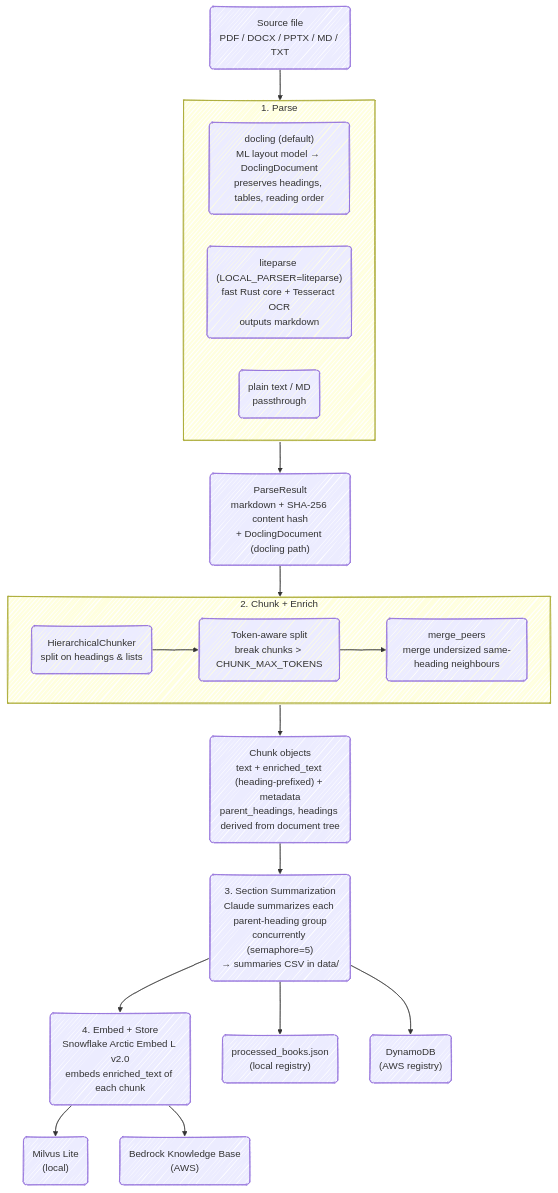
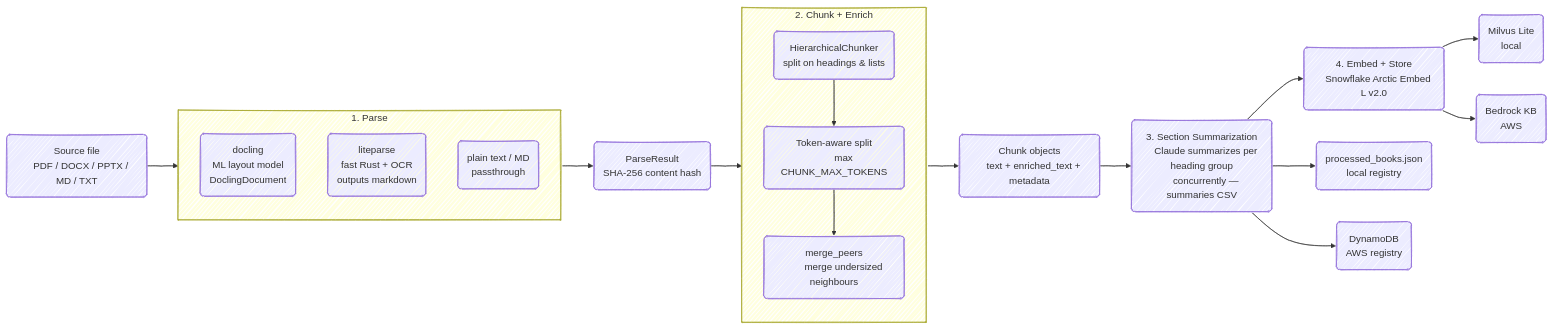
The diagram in README.md (ryq99/search-anything), drawn with Mermaid before and after one commit. The commit also changed other lines of this file, not shown here.

Commit message:
Refine README: fix Mermaid diagram, rename section headers
- Fix flowchart rendering: remove outer subgraph wrapper, replace
  unicode arrows in node labels, add direction TB inside subgraphs
- Rename 'Ingest commands' section to 'Commands'

````diff
--- a/README.md
+++ b/README.md
@@ -34,34 +34,57 @@
 ```mermaid
 %%{init: {'look': 'handDrawn'}}%%
-flowchart TD
-    A("Source file\nPDF / DOCX / PPTX / MD / TXT") --> B
+flowchart LR
+    A("Source file
+    PDF / DOCX / PPTX / MD / TXT")
 
     subgraph B["1. Parse"]
-        B1("docling (default)\nML layout model → DoclingDocument\npreserves headings, tables, reading order")
-        B2("liteparse (LOCAL_PARSER=liteparse)\nfast Rust core + Tesseract OCR\noutputs markdown")
-        B3("plain text / MD\npassthrough")
+        direction TB
+        B1("docling
+        ML layout model
+        DoclingDocument")
+        B2("liteparse
+        fast Rust + OCR
+        outputs markdown")
+        B3("plain text / MD
+        passthrough")
     end
 
-    B --> C("ParseResult\nmarkdown + SHA-256 content hash\n+ DoclingDocument (docling path)")
-
-    C --> D
+    C("ParseResult
+    SHA-256 content hash")
 
     subgraph D["2. Chunk + Enrich"]
-        D1("HierarchicalChunker\nsplit on headings & lists")
-        D2("Token-aware split\nbreak chunks > CHUNK_MAX_TOKENS")
-        D3("merge_peers\nmerge undersized same-heading neighbours")
+        direction TB
+        D1("HierarchicalChunker
+        split on headings & lists")
+        D2("Token-aware split
+        max CHUNK_MAX_TOKENS")
+        D3("merge_peers
+        merge undersized neighbours")
         D1 --> D2 --> D3
     end
 
-    D --> E("Chunk objects\ntext + enriched_text (heading-prefixed) + metadata\nparent_headings, headings derived from document tree")
+    E("Chunk objects
+    text + enriched_text + metadata")
 
-    E --> F("3. Section Summarization\nClaude summarizes each parent-heading group\nconcurrently (semaphore=5)\n→ summaries CSV in data/")
+    F("3. Section Summarization
+    Claude summarizes per heading group
+    concurrently — summaries CSV")
 
-    F --> G("4. Embed + Store\nSnowflake Arctic Embed L v2.0\nembeds enriched_text of each chunk")
+    G("4. Embed + Store
+    Snowflake Arctic Embed L v2.0")
 
-    G --> H1("Milvus Lite\n(local)")
-    G --> H2("Bedrock Knowledge Base\n(AWS)")
+    H1("Milvus Lite
+    local")
+    H2("Bedrock KB
+    AWS")
+    I1("processed_books.json
+    local registry")
+    I2("DynamoDB
+    AWS registry")
 
-    F --> I1("processed_books.json\n(local registry)")
-    F --> I2("DynamoDB\n(AWS registry)")
+    A --> B --> C --> D --> E --> F --> G
+    G --> H1
+    G --> H2
+    F --> I1
+    F --> I2
 ```
````
